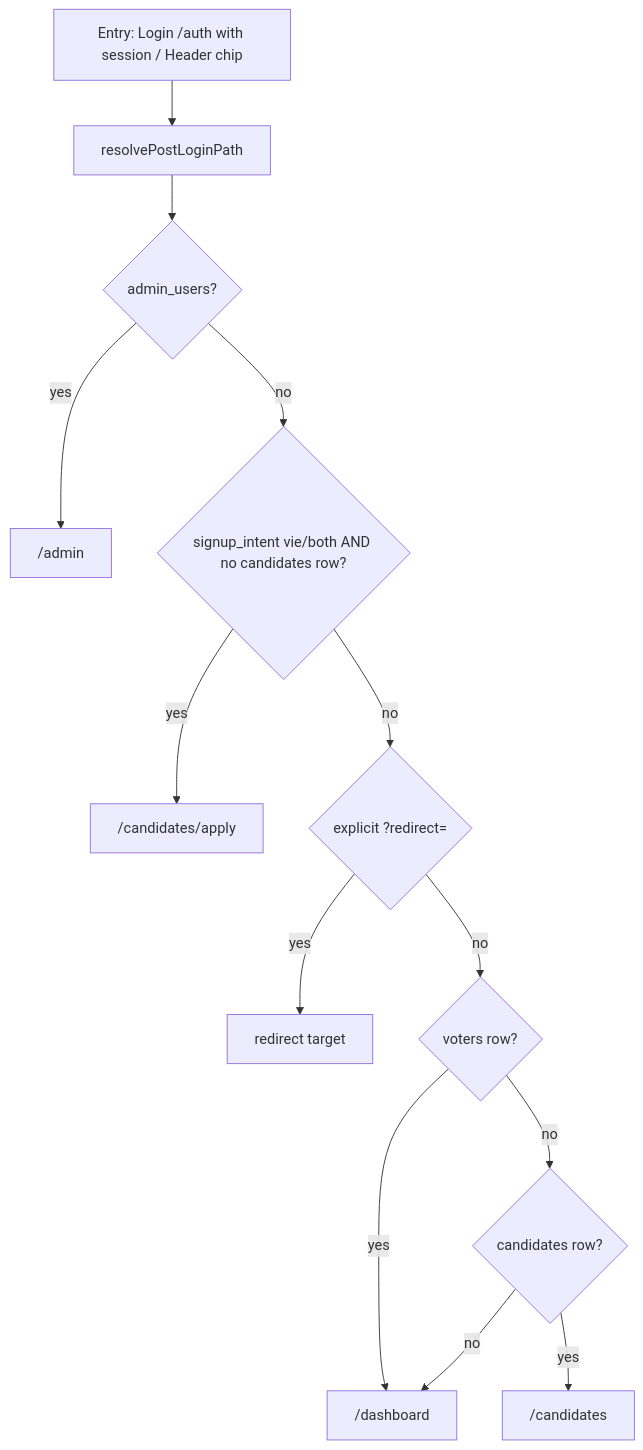
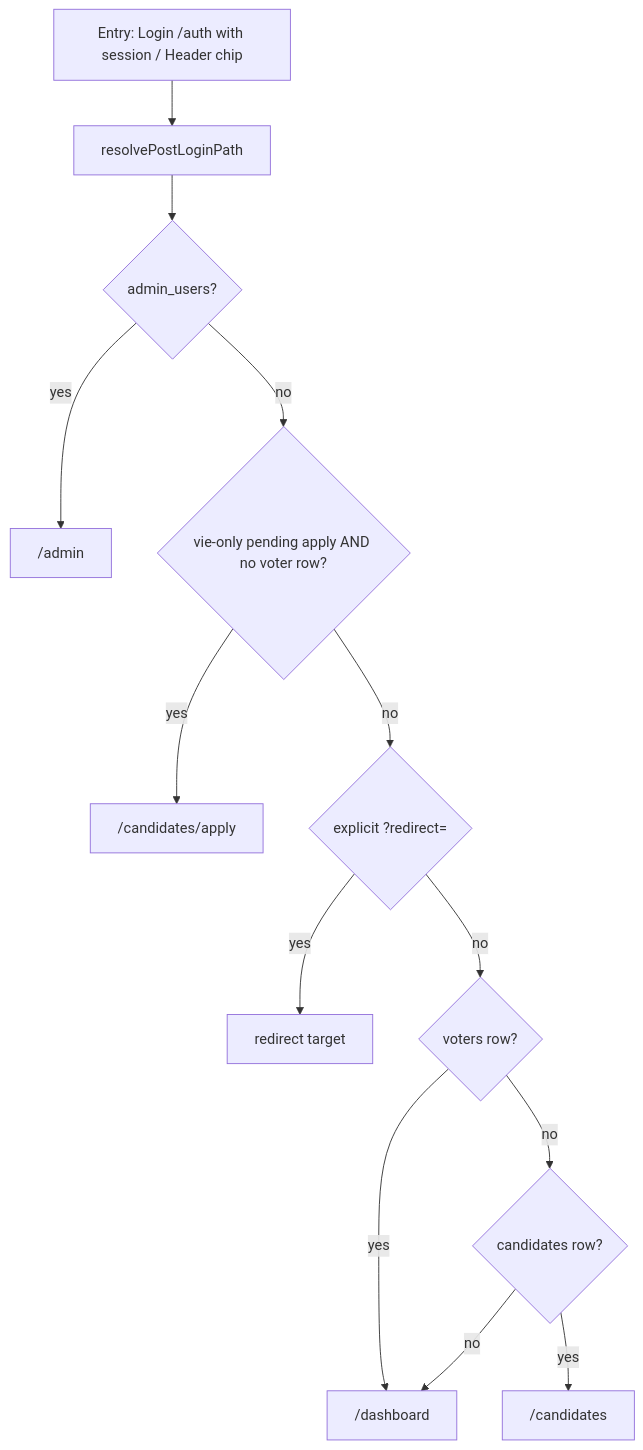
The first of 2 diagrams in docs/auth-routing-flows.md (WarutereIan/mashinaniYouth), drawn with Mermaid before and after one commit. The commit also changed other lines of this file and 12 other files, not shown here.

````diff
--- a/docs/auth-routing-flows.md
+++ b/docs/auth-routing-flows.md
@@ -23,16 +23,16 @@
 ```mermaid
 flowchart TD
   entry[Entry: Login /auth with session / Header chip]
   entry --> resolve[resolvePostLoginPath]
   resolve --> adminCheck{admin_users?}
   adminCheck -->|yes| adminHome["/admin"]
-  adminCheck -->|no| pendingVie{signup_intent vie/both AND no candidates row?}
-  pendingVie -->|yes| apply["/candidates/apply"]
-  pendingVie -->|no| hasRedirect{explicit ?redirect=}
+  adminCheck -->|no| pendingVieOnly{vie-only pending apply AND no voter row?}
+  pendingVieOnly -->|yes| apply["/candidates/apply"]
+  pendingVieOnly -->|no| hasRedirect{explicit ?redirect=}
   hasRedirect -->|yes| redirectTarget[redirect target]
   hasRedirect -->|no| hasVoter{voters row?}
   hasVoter -->|yes| dash["/dashboard"]
   hasVoter -->|no| hasCand{candidates row?}
   hasCand -->|yes| candList["/candidates"]
   hasCand -->|no| dash
 ```
````
